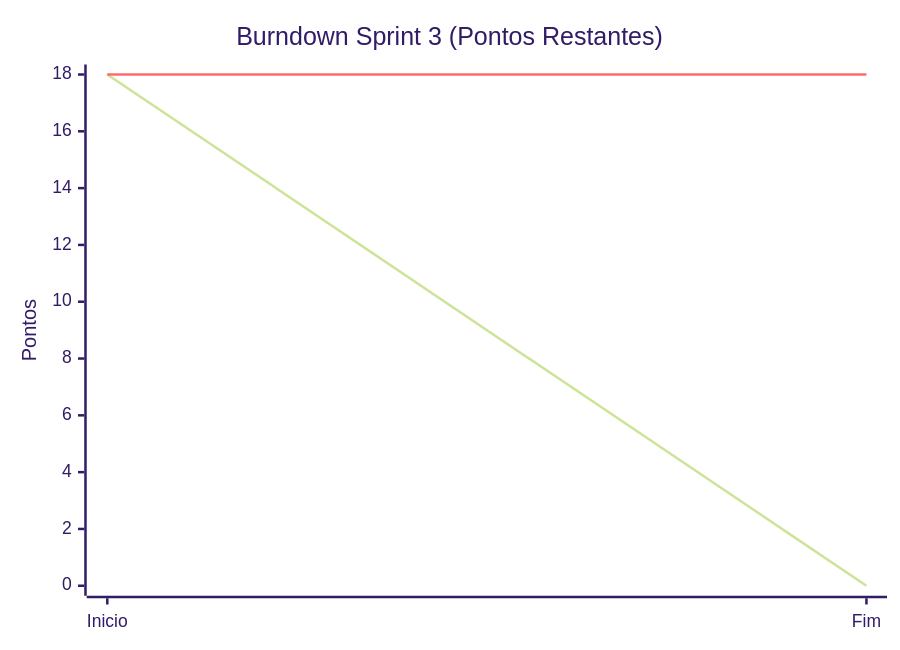
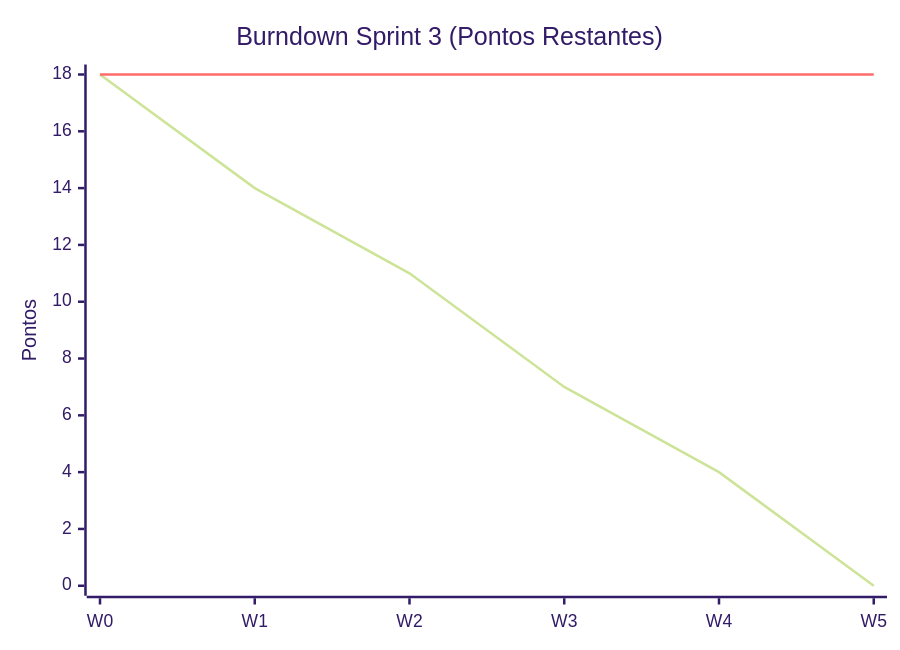
The third of 3 diagrams in README.md (candago-6/documentacao), drawn with Mermaid (forest theme) before and after one commit. The commit also changed other lines of this file, not shown here.

````diff
--- a/README.md
+++ b/README.md
@@ -162,8 +162,8 @@
 ```mermaid
 xychart-beta
 	title "Burndown Sprint 3 (Pontos Restantes)"
-	x-axis [Inicio, Fim]
+	x-axis [W0, W1, W2, W3, W4, W5]
 	y-axis "Pontos" 0 --> 18
-	line "planejado" [18, 0]
-	line "real" [18, 18]
+	line "planejado" [18, 14, 11, 7, 4, 0]
+	line "real" [18, 18, 18, 18, 18, 18]
 ```
````
